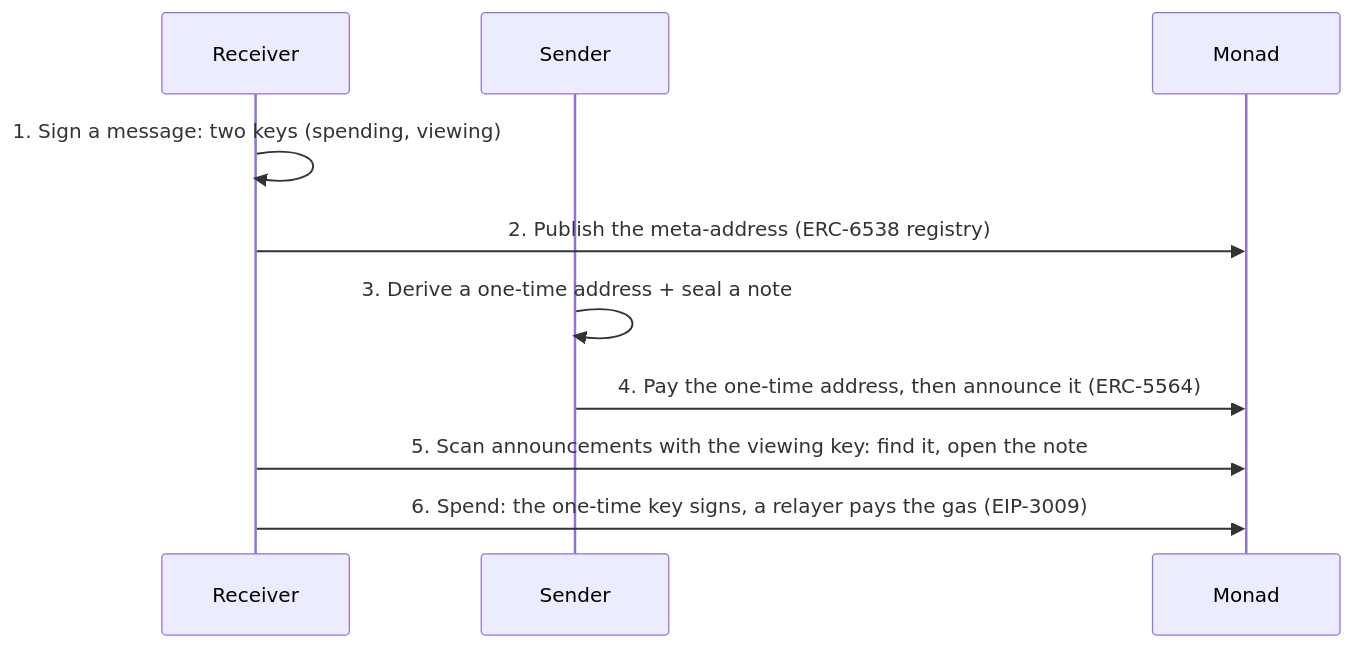
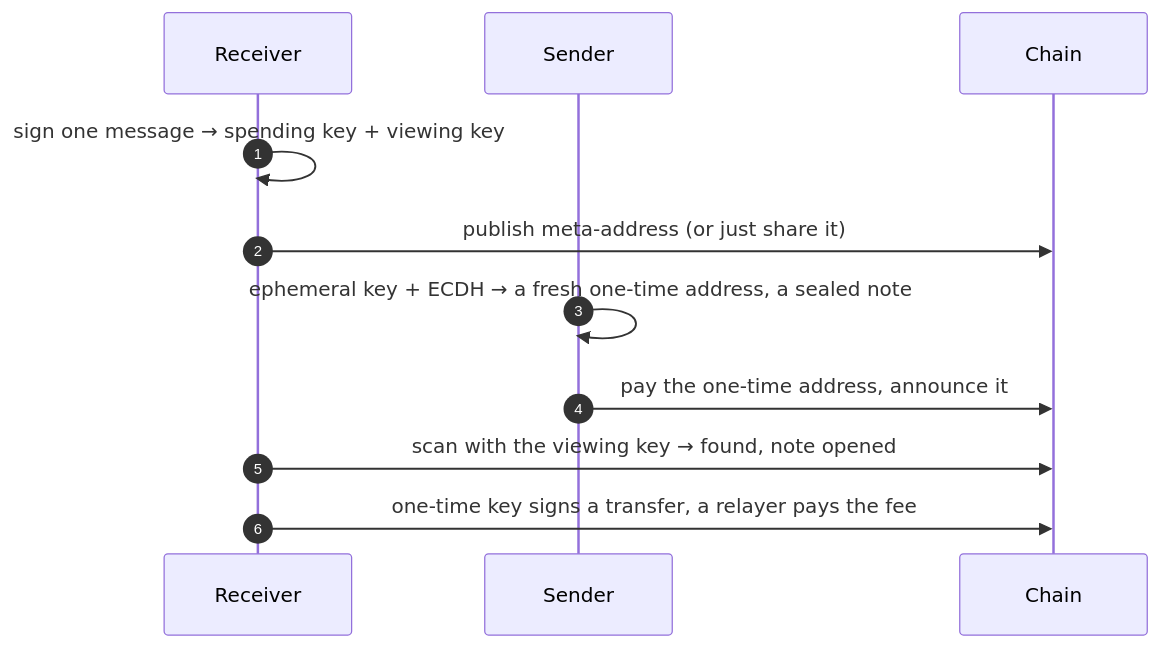
The diagram in README.md (shaibuafeez/stealth), drawn with Mermaid before and after one commit. The commit also changed other lines of this file and 42 other files, not shown here.

````diff
--- a/README.md
+++ b/README.md
@@ -24,12 +86,13 @@
 ```mermaid
 sequenceDiagram
+    autonumber
     participant R as Receiver
     participant S as Sender
-    participant M as Monad
-    R->>R: 1. Sign a message: two keys (spending, viewing)
-    R->>M: 2. Publish the meta-address (ERC-6538 registry)
-    S->>S: 3. Derive a one-time address + seal a note
-    S->>M: 4. Pay the one-time address, then announce it (ERC-5564)
-    R->>M: 5. Scan announcements with the viewing key: find it, open the note
-    R->>M: 6. Spend: the one-time key signs, a relayer pays the gas (EIP-3009)
+    participant C as Chain
+    R->>R: sign one message → spending key + viewing key
+    R->>C: publish meta-address (or just share it)
+    S->>S: ephemeral key + ECDH → a fresh one-time address, a sealed note
+    S->>C: pay the one-time address, announce it
+    R->>C: scan with the viewing key → found, note opened
+    R->>C: one-time key signs a transfer, a relayer pays the fee
 ```
````
